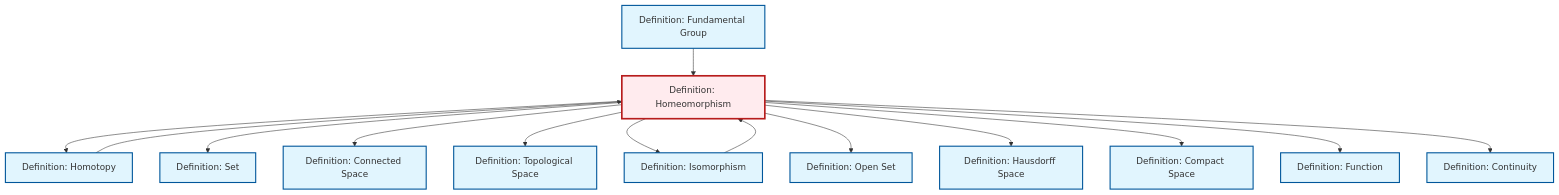
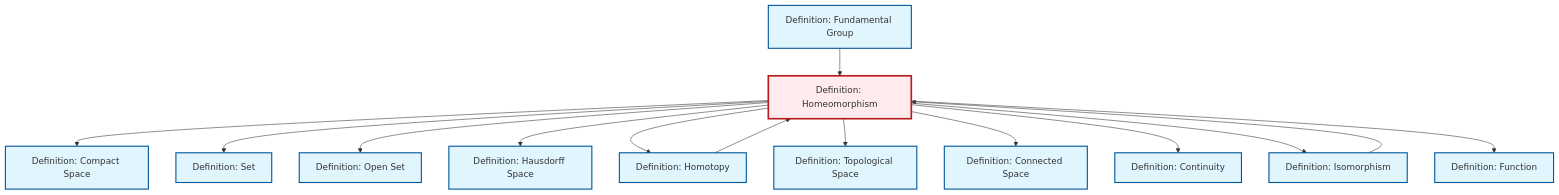
The diagram in content/en/topology/def-homeomorphism.qmd (RK0429/ModernMath), drawn with Mermaid before and after one commit. The commit also changed other lines of this file and 328 other files, not shown here.

````diff
--- a/content/en/topology/def-homeomorphism.qmd
+++ b/content/en/topology/def-homeomorphism.qmd
@@ -103,46 +103,46 @@
 ```{mermaid}
 %%| fig-cap: "Local dependency graph"
 graph TD
     classDef definition fill:#e1f5fe,stroke:#01579b,stroke-width:2px
     classDef theorem fill:#f3e5f5,stroke:#4a148c,stroke-width:2px
     classDef axiom fill:#fff3e0,stroke:#e65100,stroke-width:2px
     classDef example fill:#e8f5e9,stroke:#1b5e20,stroke-width:2px
     classDef current fill:#ffebee,stroke:#b71c1c,stroke-width:3px
+    def-hausdorff["Definition: Hausdorff Space"]:::definition
+    def-open-set["Definition: Open Set"]:::definition
+    def-homeomorphism["Definition: Homeomorphism"]:::definition
+    def-connected["Definition: Connected Space"]:::definition
+    def-fundamental-group["Definition: Fundamental Group"]:::definition
+    def-function["Definition: Function"]:::definition
+    def-isomorphism["Definition: Isomorphism"]:::definition
     def-set["Definition: Set"]:::definition
+    def-compact["Definition: Compact Space"]:::definition
+    def-homotopy["Definition: Homotopy"]:::definition
     def-topological-space["Definition: Topological Space"]:::definition
-    def-compact["Definition: Compact Space"]:::definition
-    def-homeomorphism["Definition: Homeomorphism"]:::definition
-    def-isomorphism["Definition: Isomorphism"]:::definition
-    def-function["Definition: Function"]:::definition
-    def-homotopy["Definition: Homotopy"]:::definition
-    def-open-set["Definition: Open Set"]:::definition
-    def-fundamental-group["Definition: Fundamental Group"]:::definition
     def-continuity["Definition: Continuity"]:::definition
-    def-hausdorff["Definition: Hausdorff Space"]:::definition
-    def-connected["Definition: Connected Space"]:::definition
-    def-homeomorphism --> def-homotopy
+    def-homeomorphism --> def-compact
     def-homeomorphism --> def-set
-    def-isomorphism --> def-homeomorphism
-    def-homeomorphism --> def-connected
-    def-homeomorphism --> def-topological-space
-    def-homeomorphism --> def-isomorphism
     def-homeomorphism --> def-open-set
     def-homeomorphism --> def-hausdorff
+    def-homeomorphism --> def-homotopy
+    def-homeomorphism --> def-topological-space
     def-fundamental-group --> def-homeomorphism
-    def-homeomorphism --> def-compact
+    def-homeomorphism --> def-connected
+    def-isomorphism --> def-homeomorphism
+    def-homeomorphism --> def-continuity
     def-homotopy --> def-homeomorphism
+    def-homeomorphism --> def-isomorphism
     def-homeomorphism --> def-function
-    def-homeomorphism --> def-continuity
     class def-homeomorphism current
+    click def-hausdorff "def-hausdorff.html" "Go to Hausdorff Space definition"
+    click def-open-set "def-open-set.html" "Go to Open Set definition"
+    click def-connected "def-connected.html" "Go to Connected Space definition"
+    click def-fundamental-group "def-fundamental-group.html" "Go to Fundamental Group definition"
+    click def-function "def-function.html" "Go to Function definition"
+    click def-isomorphism "def-isomorphism.html" "Go to Isomorphism definition"
     click def-set "def-set.html" "Go to Set definition"
+    click def-compact "def-compact.html" "Go to Compact Space definition"
+    click def-homotopy "def-homotopy.html" "Go to Homotopy definition"
     click def-topological-space "def-topological-space.html" "Go to Topological Space definition"
-    click def-compact "def-compact.html" "Go to Compact Space definition"
-    click def-isomorphism "def-isomorphism.html" "Go to Isomorphism definition"
-    click def-function "def-function.html" "Go to Function definition"
-    click def-homotopy "def-homotopy.html" "Go to Homotopy definition"
-    click def-open-set "def-open-set.html" "Go to Open Set definition"
-    click def-fundamental-group "def-fundamental-group.html" "Go to Fundamental Group definition"
     click def-continuity "def-continuity.html" "Go to Continuity definition"
-    click def-hausdorff "def-hausdorff.html" "Go to Hausdorff Space definition"
-    click def-connected "def-connected.html" "Go to Connected Space definition"
 ```
````
